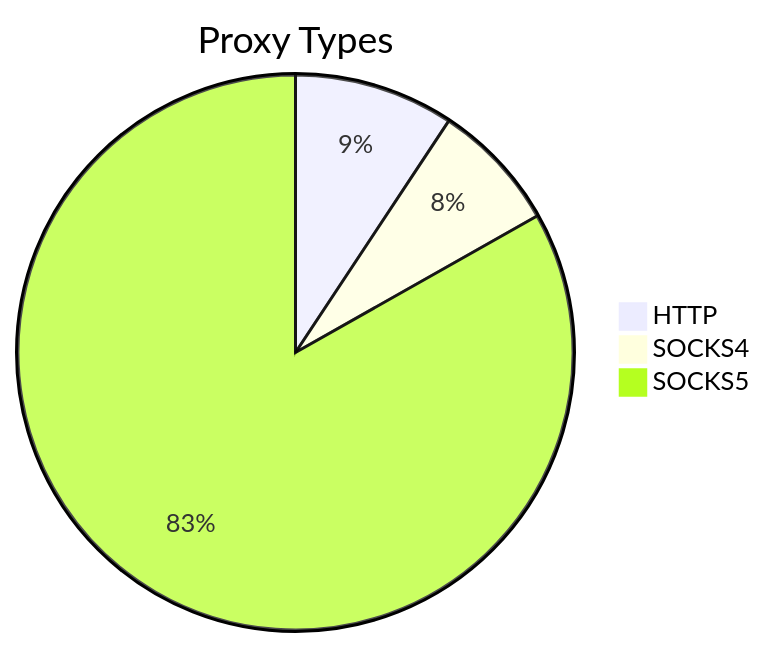
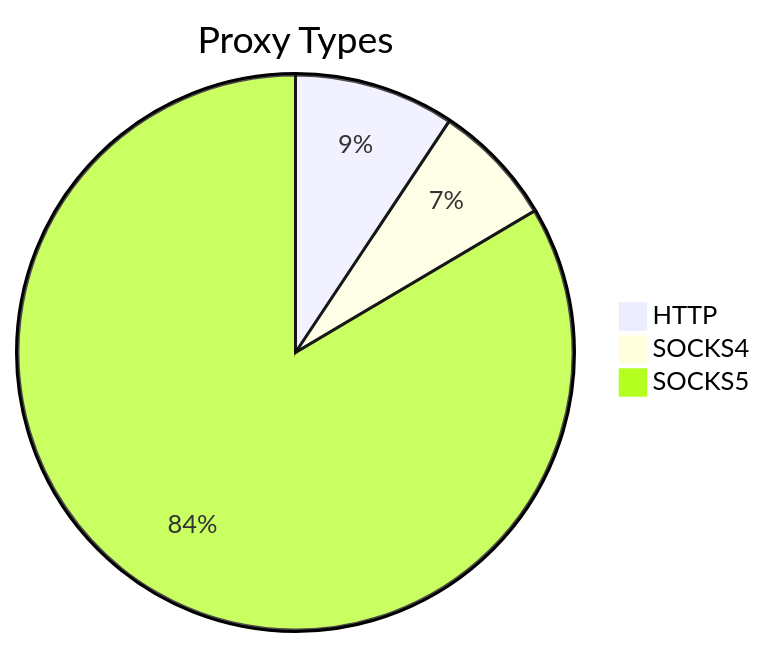
Before and after one commit to stormsia/proxy-list: the first of 2 diagrams in README.md, drawn with Mermaid. The commit also changed other lines of this file, not shown here.

````diff
--- a/README.md
+++ b/README.md
@@ -21,6 +21,6 @@
 ```mermaid
 pie title Proxy Types
-    "HTTP" : 150
-    "SOCKS4" : 121
-    "SOCKS5" : 1341
+    "HTTP" : 141
+    "SOCKS4" : 108
+    "SOCKS5" : 1261
 ```
````
